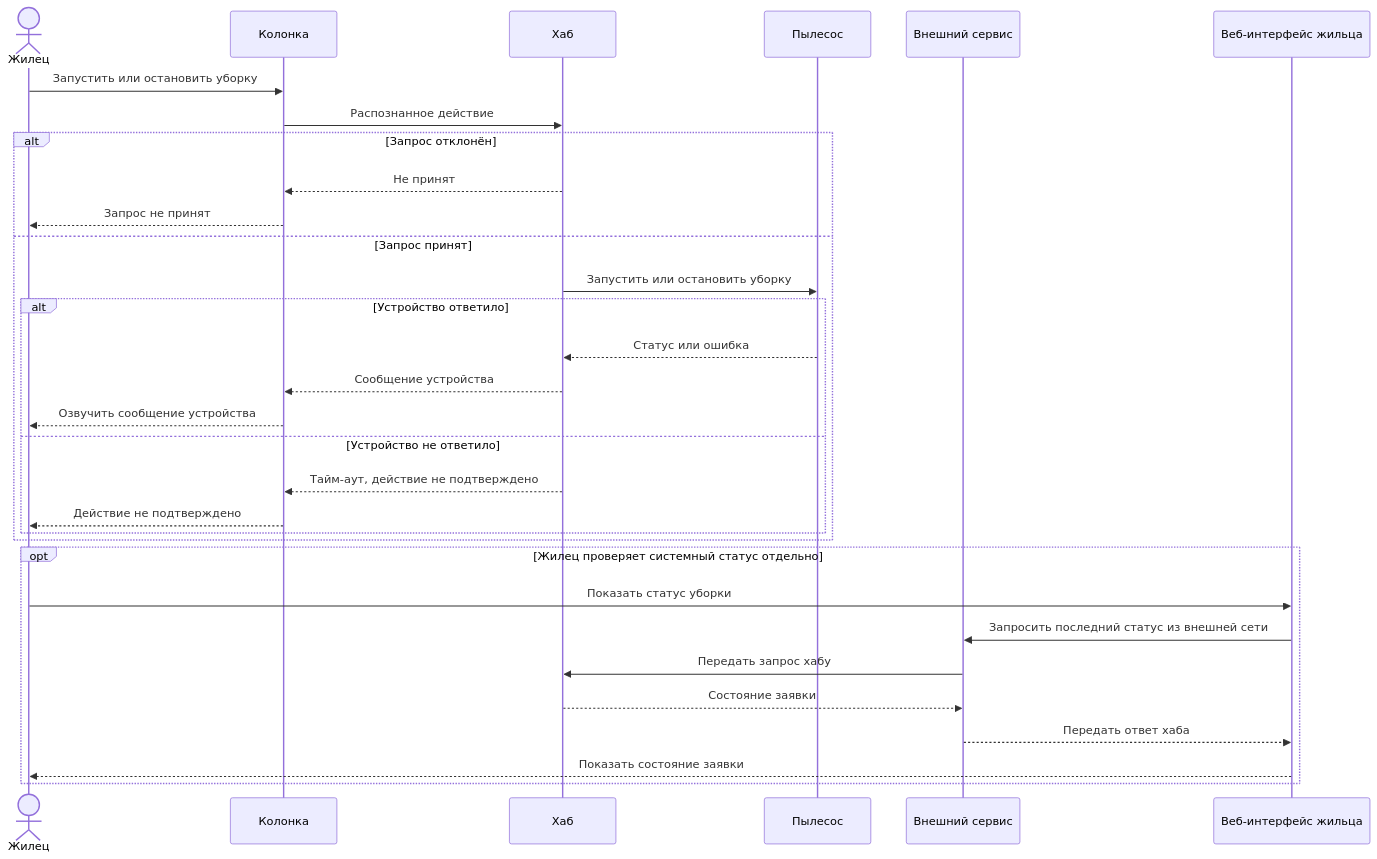
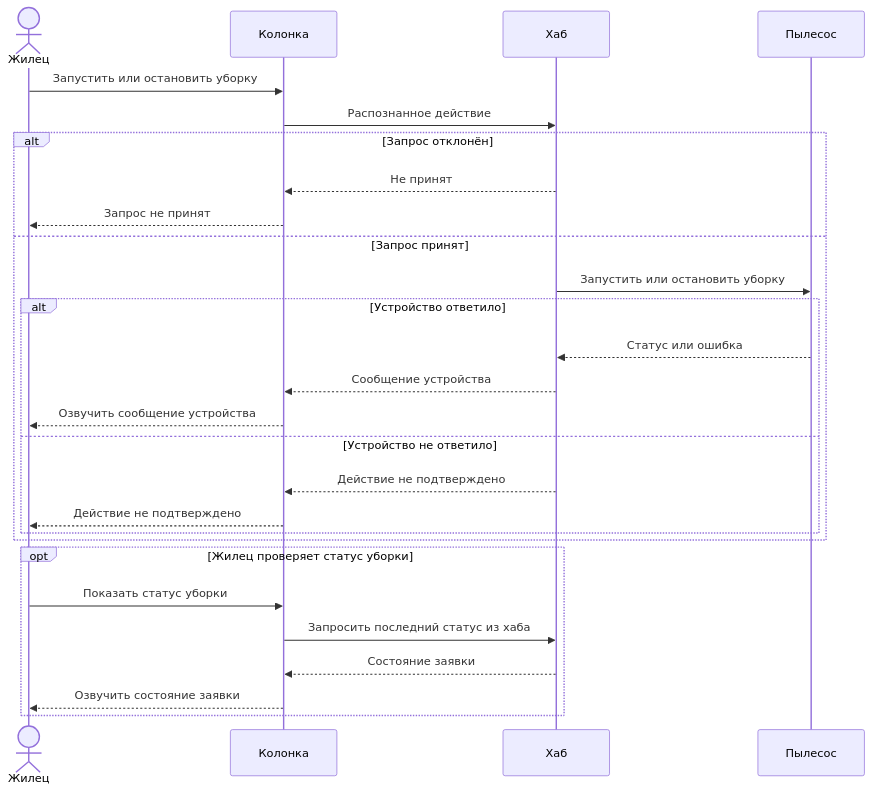
Before and after one commit to BPLA-Team/carrot-apples: the diagram in contractor_side/hla_scenarios/S03_VOICE_CLEANING.md, drawn with Mermaid.

Commit message:
docs(scenraios): update hla S03

````diff
--- a/contractor_side/hla_scenarios/S03_VOICE_CLEANING.md
+++ b/contractor_side/hla_scenarios/S03_VOICE_CLEANING.md
@@ -3,33 +3,29 @@
 ```mermaid
 sequenceDiagram
     actor R as Жилец
     participant K as Колонка
     participant H as Хаб
     participant V as Пылесос
-    participant S as Внешний сервис
-    participant W as Веб-интерфейс жильца
     R->>K: Запустить или остановить уборку
     K->>H: Распознанное действие
     alt Запрос отклонён
         H-->>K: Не принят
         K-->>R: Запрос не принят
     else Запрос принят
         H->>V: Запустить или остановить уборку
         alt Устройство ответило
             V-->>H: Статус или ошибка
             H-->>K: Сообщение устройства
             K-->>R: Озвучить сообщение устройства
         else Устройство не ответило
-            H-->>K: Тайм-аут, действие не подтверждено
+            H-->>K: Действие не подтверждено
             K-->>R: Действие не подтверждено
         end
     end
-    opt Жилец проверяет системный статус отдельно
-        R->>W: Показать статус уборки
-        W->>S: Запросить последний статус из внешней сети
-        S->>H: Передать запрос хабу
-        H-->>S: Состояние заявки
-        S-->>W: Передать ответ хаба
-        W-->>R: Показать состояние заявки
+    opt Жилец проверяет статус уборки
+        R->>K: Показать статус уборки
+        K->>H: Запросить последний статус из хаба
+        H-->>K: Состояние заявки
+        K-->>R: Озвучить состояние заявки
     end
 ```
````
